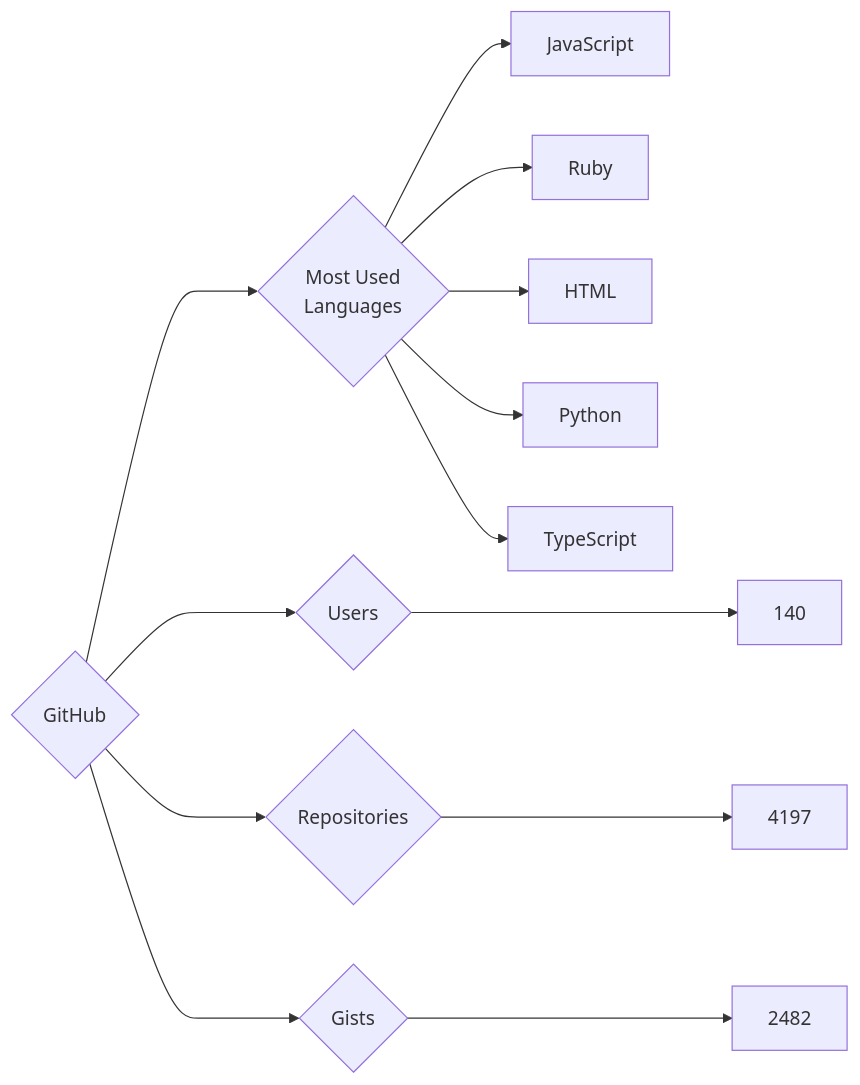
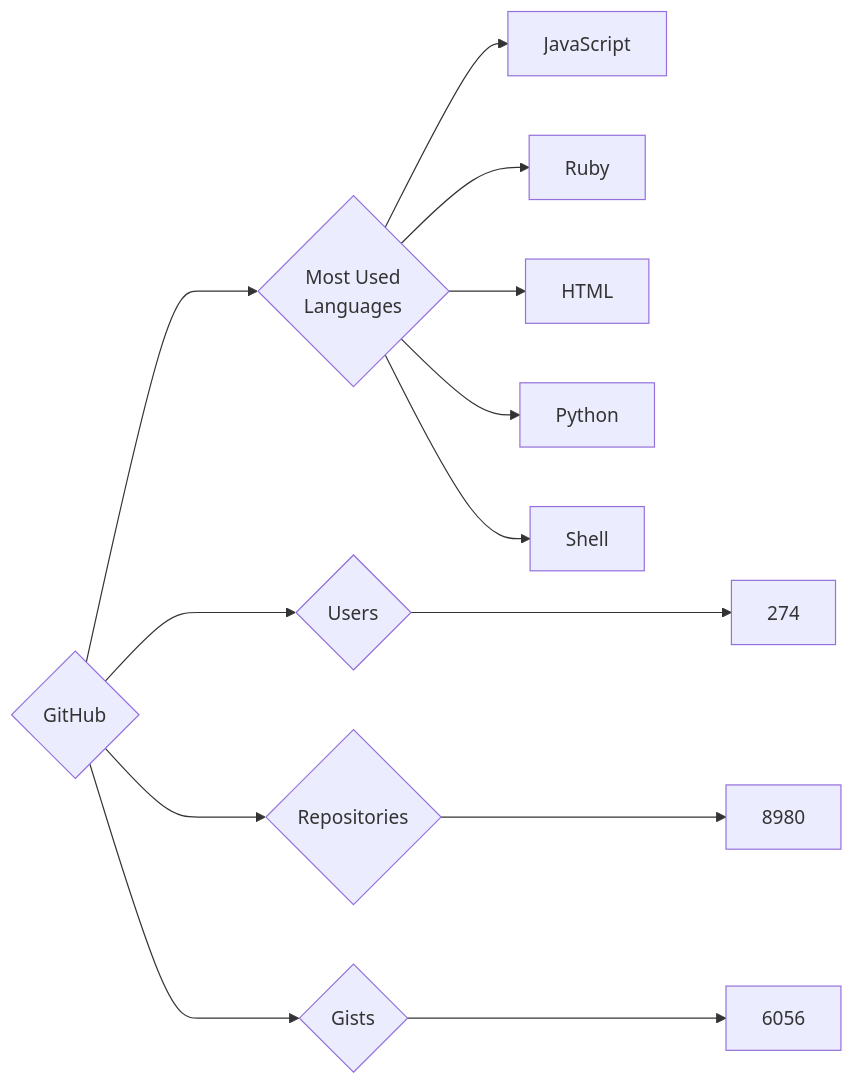
One commit to trickest/insiders changed the diagram in targets/GitHub/README.md. Above: the diagram before and after it, drawn with Mermaid. The commit also changed 930 other files, not shown here.

````diff
--- a/targets/GitHub/README.md
+++ b/targets/GitHub/README.md
@@ -3,13 +3,13 @@
 ```mermaid
 graph LR
 COMPANY_NAME{GitHub}
-COMPANY_NAME ---> U{Users} ---> UN[140]
-COMPANY_NAME ---> R{Repositories} ---> RN[4197]
-COMPANY_NAME ---> G{Gists} ---> GN[2482]
+COMPANY_NAME ---> U{Users} ---> UN[274]
+COMPANY_NAME ---> R{Repositories} ---> RN[8980]
+COMPANY_NAME ---> G{Gists} ---> GN[6056]
 COMPANY_NAME ---> ML{Most Used<br>Languages}
 ML --> JavaScript[JavaScript]
 ML --> Ruby[Ruby]
 ML --> HTML[HTML]
 ML --> Python[Python]
-ML --> TypeScript[TypeScript]
+ML --> Shell[Shell]
 ```
````
